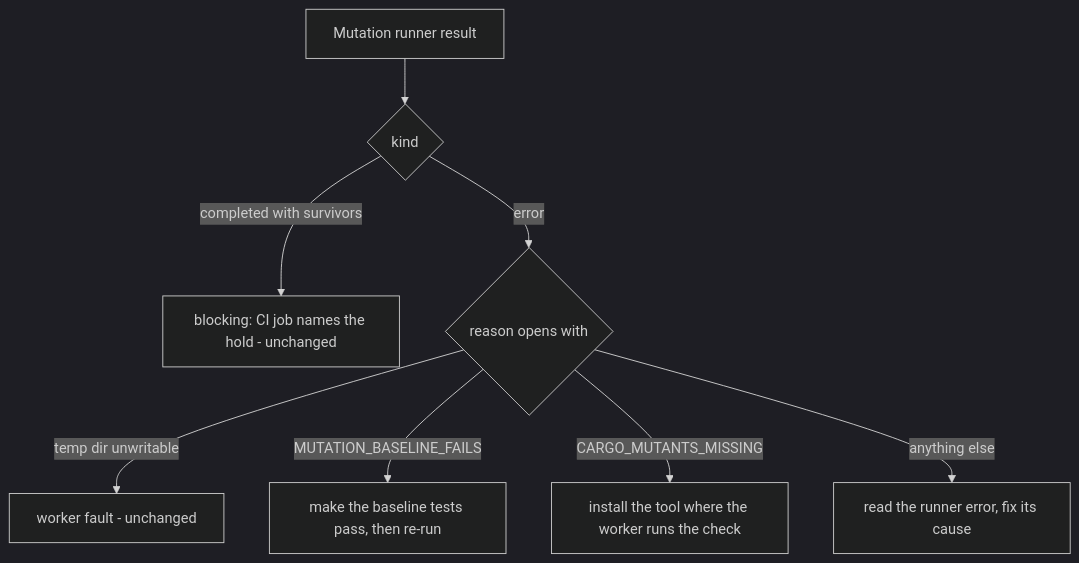
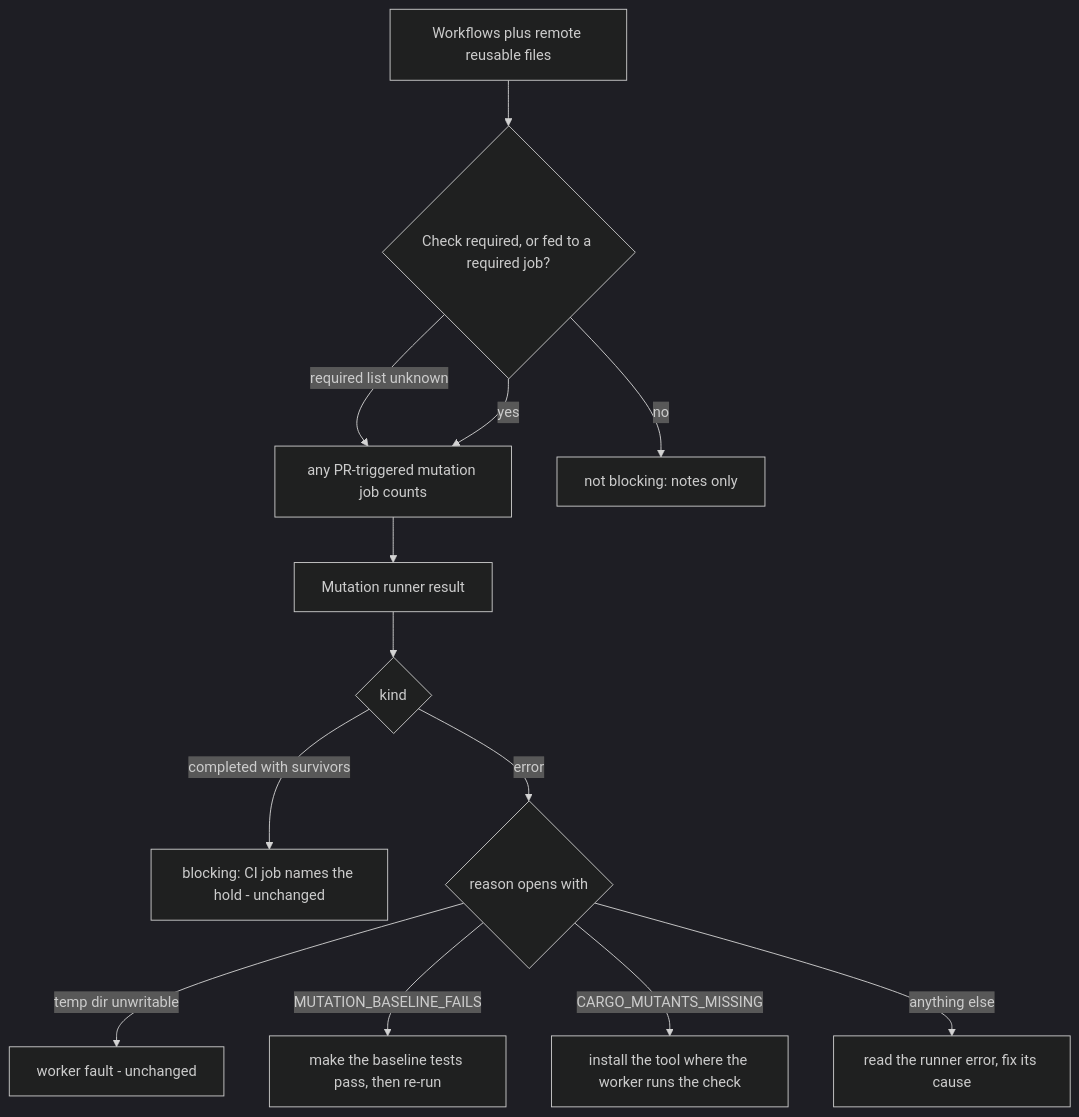
One commit to stSoftwareAU/VibeCoder changed the diagram in docs/archive/pr-summaries/pr-summary-4617.md. Above: the diagram before and after it, drawn with Mermaid (dark theme). The commit also changed other lines of this file and 3 other files, not shown here.

Commit message:
Reject dot segments in a remote reusable workflow repository; record the #4617 criteria in the summary

````diff
--- a/docs/archive/pr-summaries/pr-summary-4617.md
+++ b/docs/archive/pr-summaries/pr-summary-4617.md
@@ -18,10 +33,15 @@
 ```mermaid
 flowchart TD
-    R[Mutation runner result] --> K{kind}
+    L[Workflows plus remote reusable files] --> Q{Check required, or fed to a required job?}
+    Q -- "required list unknown" --> J[any PR-triggered mutation job counts]
+    Q -- yes --> J
+    Q -- no --> NB[not blocking: notes only]
+    J --> R[Mutation runner result]
+    R --> K{kind}
     K -- completed with survivors --> S[blocking: CI job names the hold - unchanged]
     K -- error --> W{reason opens with}
     W -- temp dir unwritable --> F[worker fault - unchanged]
     W -- MUTATION_BASELINE_FAILS --> A1[make the baseline tests pass, then re-run]
     W -- CARGO_MUTANTS_MISSING --> A2[install the tool where the worker runs the check]
     W -- anything else --> A3[read the runner error, fix its cause]
 ```
````
